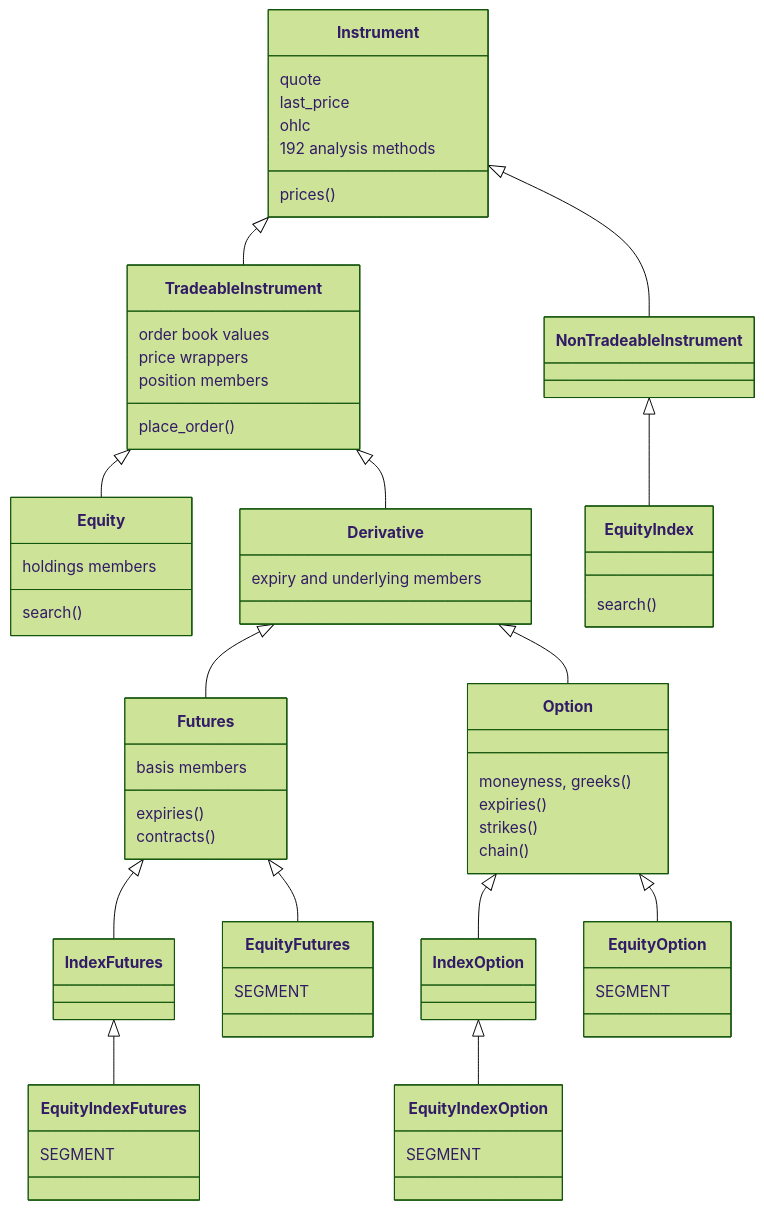
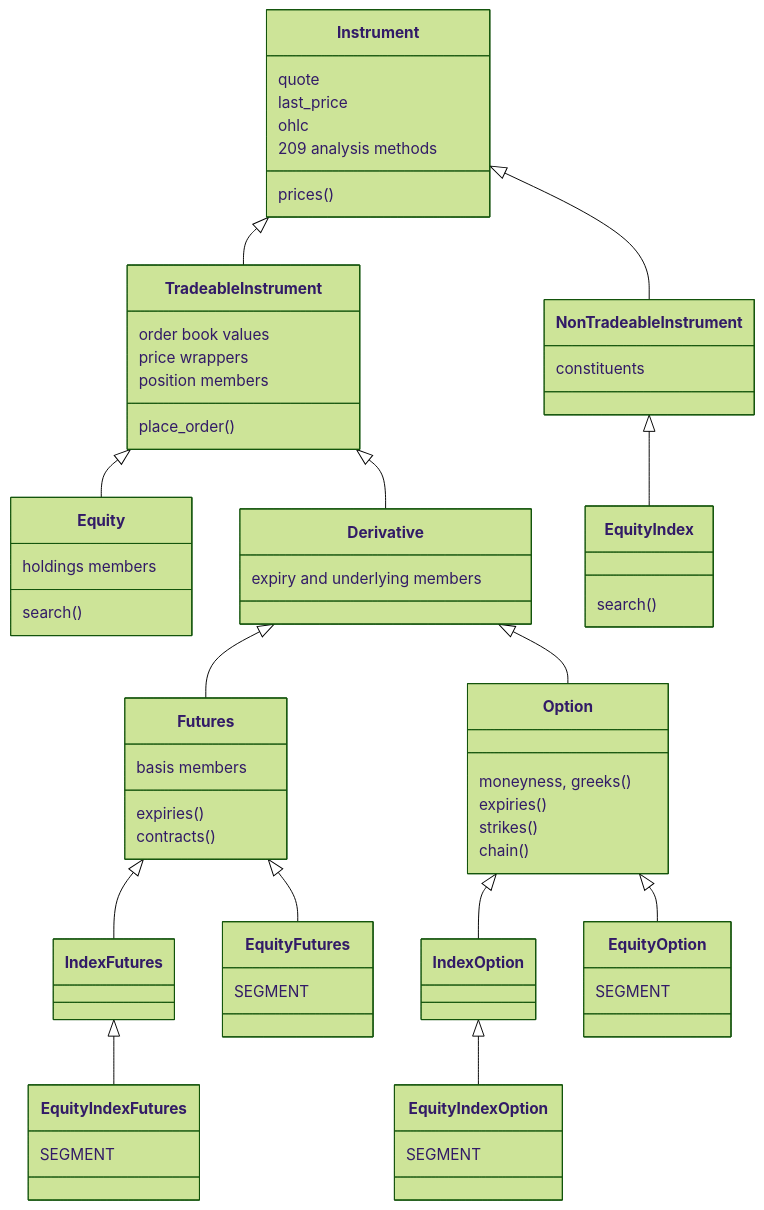
One commit to pramodathani/tradingmachine changed the first of 2 diagrams in docs/asset-classes/equities.md. Above: the diagram before and after it, drawn with Mermaid (forest theme). The commit also changed other lines of this file and 29 other files, not shown here.

````diff
--- a/docs/asset-classes/equities.md
+++ b/docs/asset-classes/equities.md
@@ -20,66 +20,68 @@
 ```mermaid
 classDiagram
     direction BT
     class Instrument {
         prices()
         quote
         last_price
         ohlc
-        192 analysis methods
+        209 analysis methods
     }
     class TradeableInstrument {
         order book values
         place_order()
         price wrappers
         position members
     }
-    class NonTradeableInstrument
     class Equity {
         holdings members
         search()
+    }
+    class NonTradeableInstrument {
+        constituents
     }
     class EquityIndex {
         search()
     }
     class Derivative {
         expiry and underlying members
     }
     class Futures {
         basis members
         expiries()
         contracts()
     }
     class Option {
         moneyness, greeks()
         expiries()
         strikes()
         chain()
     }
     class IndexFutures
     class IndexOption
     class EquityFutures {
         SEGMENT
     }
     class EquityIndexFutures {
         SEGMENT
     }
     class EquityOption {
         SEGMENT
     }
     class EquityIndexOption {
         SEGMENT
     }
     TradeableInstrument --|> Instrument
     NonTradeableInstrument --|> Instrument
     Equity --|> TradeableInstrument
     Derivative --|> TradeableInstrument
     Futures --|> Derivative
     Option --|> Derivative
     IndexFutures --|> Futures
     IndexOption --|> Option
     EquityFutures --|> Futures
     EquityOption --|> Option
     EquityIndexFutures --|> IndexFutures
     EquityIndexOption --|> IndexOption
     EquityIndex --|> NonTradeableInstrument
 ```
````
